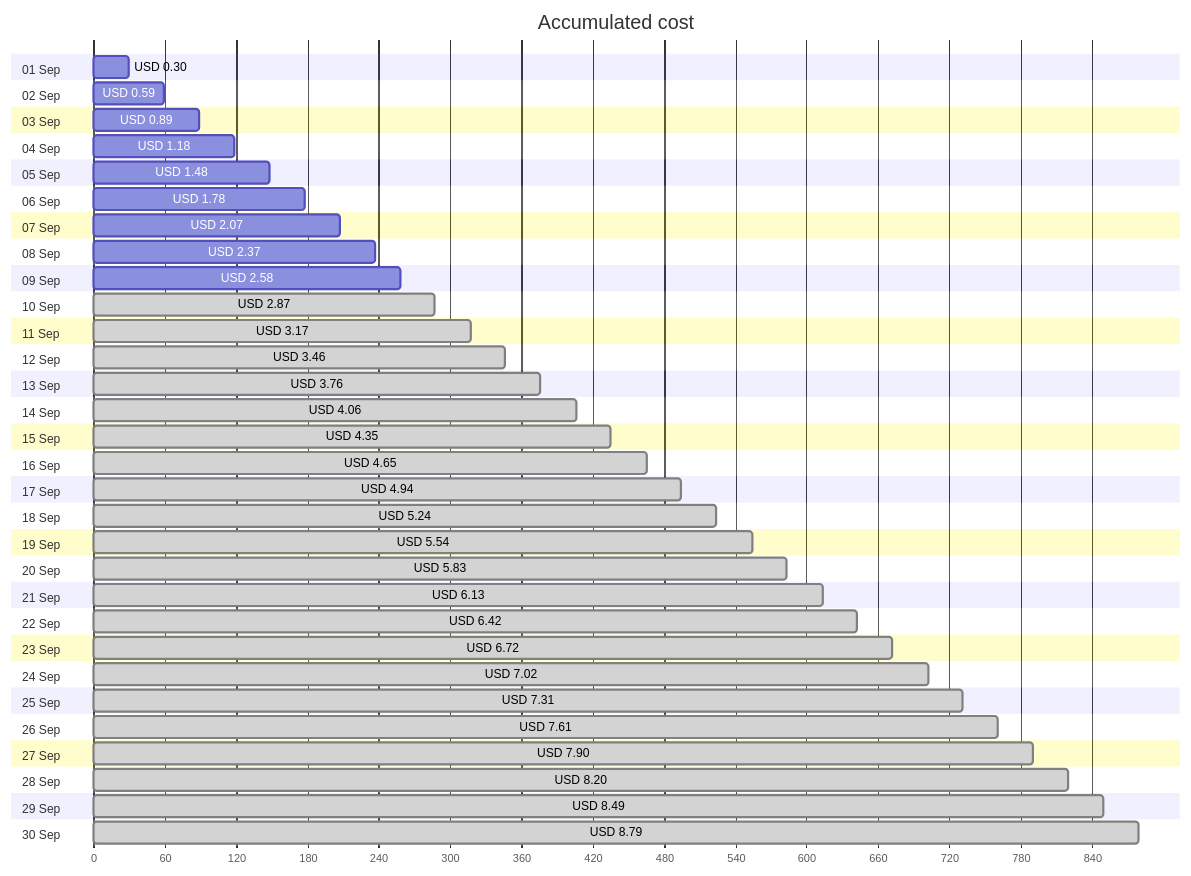
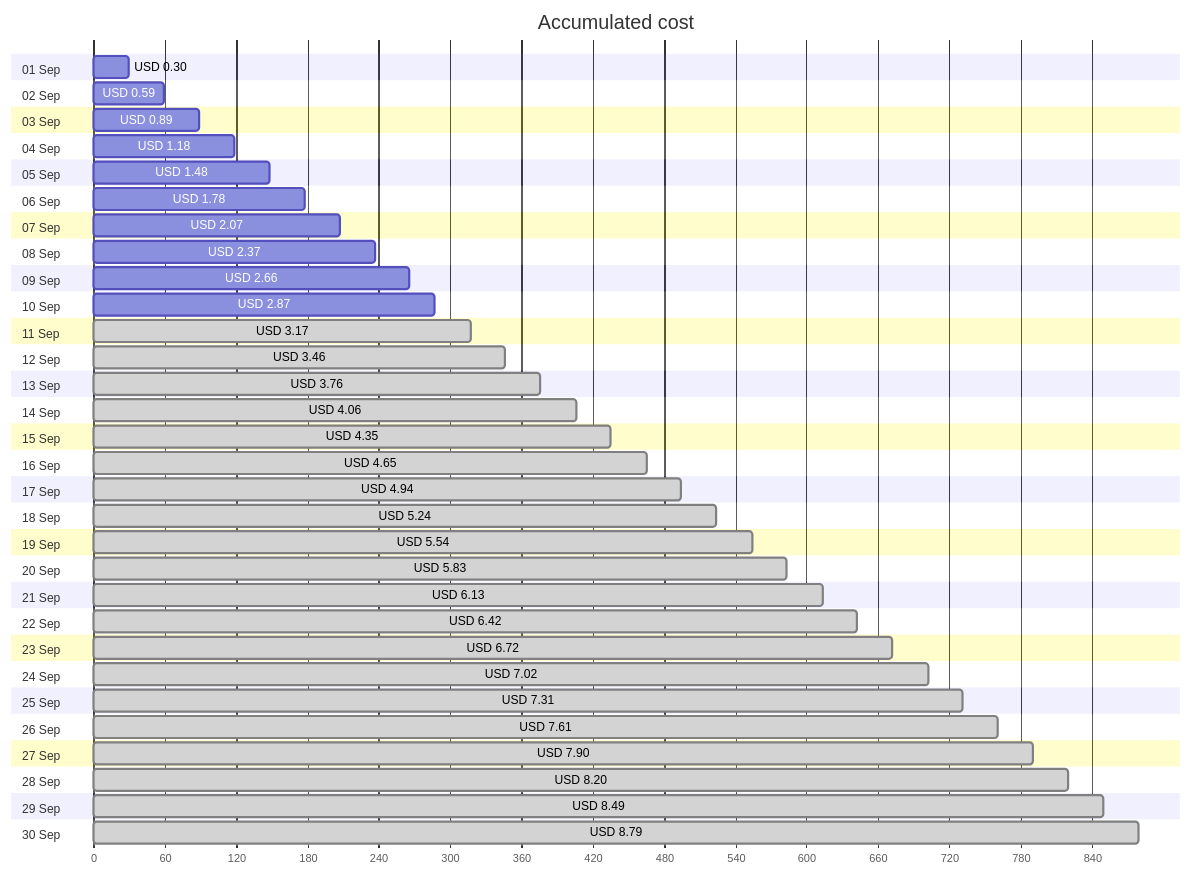
Before and after one commit to jpfulton/azure-personal-reports: the first of 4 diagrams in cost-reports/personal-site/personal-site-preview.md, drawn with Mermaid. The commit also changed other lines of this file and 6 other files, not shown here.

````diff
--- a/cost-reports/personal-site/personal-site-preview.md
+++ b/cost-reports/personal-site/personal-site-preview.md
@@ -20,66 +20,66 @@
 ```mermaid
 gantt
    title Accumulated cost
    dateFormat  X
    axisFormat %s
    section 01 Sep
    USD 0.30 :0, 30
    section 02 Sep
    USD 0.59 :0, 59
    section 03 Sep
    USD 0.89 :0, 89
    section 04 Sep
    USD 1.18 :0, 118
    section 05 Sep
    USD 1.48 :0, 148
    section 06 Sep
    USD 1.78 :0, 178
    section 07 Sep
    USD 2.07 :0, 207
    section 08 Sep
    USD 2.37 :0, 237
    section 09 Sep
-   USD 2.58 :0, 258
+   USD 2.66 :0, 266
    section 10 Sep
-   USD 2.87 : done, 0, 287
+   USD 2.87 :0, 287
    section 11 Sep
    USD 3.17 : done, 0, 317
    section 12 Sep
    USD 3.46 : done, 0, 346
    section 13 Sep
    USD 3.76 : done, 0, 376
    section 14 Sep
    USD 4.06 : done, 0, 406
    section 15 Sep
    USD 4.35 : done, 0, 435
    section 16 Sep
    USD 4.65 : done, 0, 465
    section 17 Sep
    USD 4.94 : done, 0, 494
    section 18 Sep
    USD 5.24 : done, 0, 524
    section 19 Sep
    USD 5.54 : done, 0, 554
    section 20 Sep
    USD 5.83 : done, 0, 583
    section 21 Sep
    USD 6.13 : done, 0, 613
    section 22 Sep
    USD 6.42 : done, 0, 642
    section 23 Sep
    USD 6.72 : done, 0, 672
    section 24 Sep
    USD 7.02 : done, 0, 702
    section 25 Sep
    USD 7.31 : done, 0, 731
    section 26 Sep
    USD 7.61 : done, 0, 761
    section 27 Sep
    USD 7.90 : done, 0, 790
    section 28 Sep
    USD 8.20 : done, 0, 820
    section 29 Sep
    USD 8.49 : done, 0, 849
    section 30 Sep
    USD 8.79 : done, 0, 879
 ```
````
